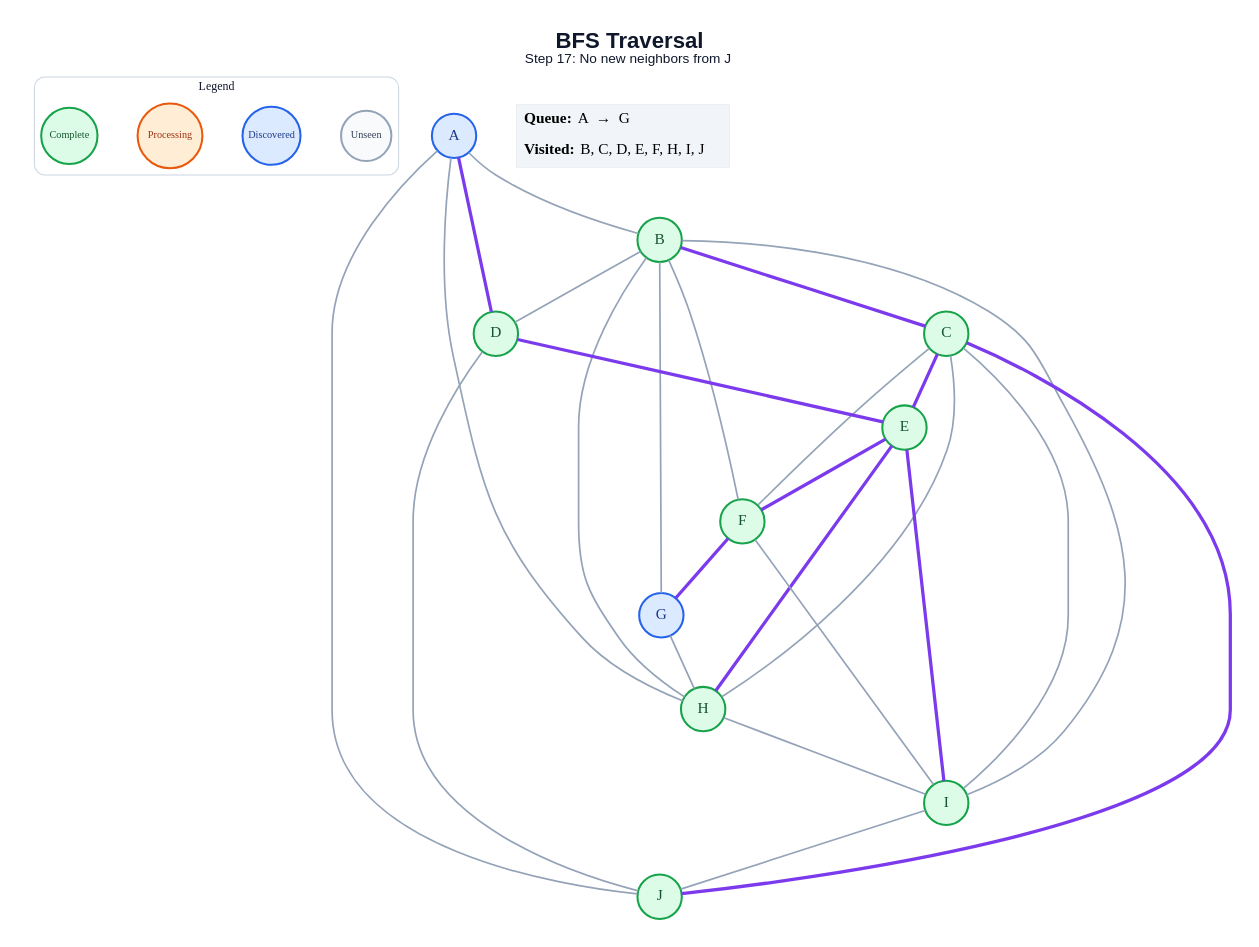
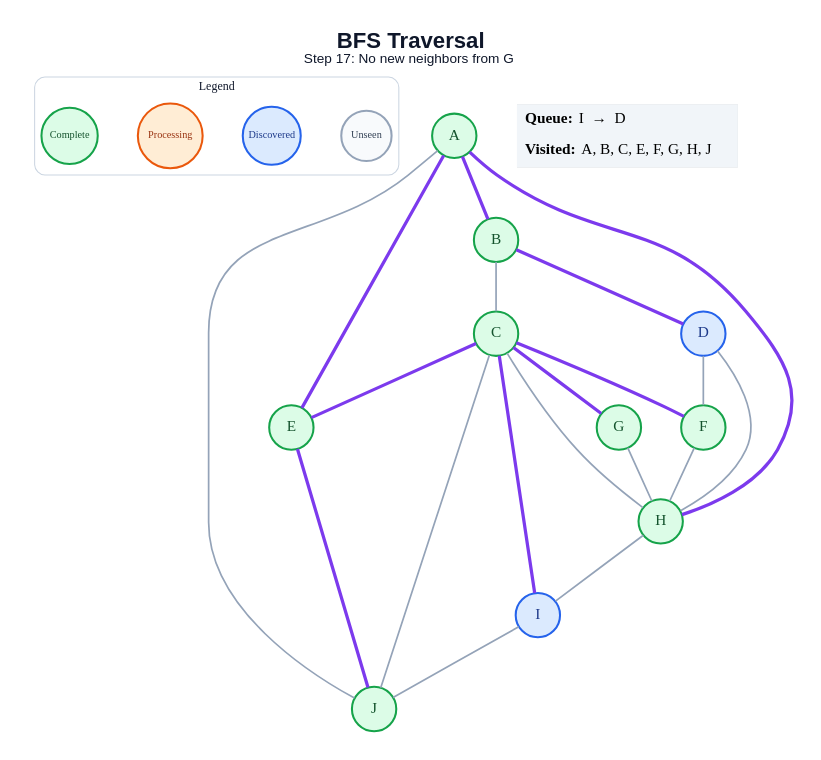
Before and after one commit to amanghodawala9/ai-slop: the diagram in generated/specific-node/bfs/step_17.dot, drawn with Graphviz. The commit also changed 178 other files, not shown here.

```diff
--- a/generated/specific-node/bfs/step_17.dot
+++ b/generated/specific-node/bfs/step_17.dot
@@ -1,54 +1,48 @@
 graph traversal {
   graph [layout=dot, rankdir=TB, bgcolor="#FFFFFF", pad="0.35", nodesep="0.65", ranksep="0.8", fontname="Arial"];
   node [shape=circle, style="filled", fontname="Arial Bold", fontsize=18, width=0.72, fixedsize=true, penwidth=2.4];
   edge [color="#94A3B8", penwidth=2.0];
-  label=<<B>BFS Traversal</B><BR/><FONT POINT-SIZE="16">Step 17: No new neighbors from J</FONT>>; labelloc="t"; fontsize=26; fontname="Arial"; fontcolor="#0F172A";
+  label=<<B>BFS Traversal</B><BR/><FONT POINT-SIZE="16">Step 17: No new neighbors from G</FONT>>; labelloc="t"; fontsize=26; fontname="Arial"; fontcolor="#0F172A";
   subgraph cluster_legend { label="Legend"; color="#CBD5E1"; penwidth=1.2; style="rounded"; fontsize=14; fontname="Arial Bold";
     key_unseen [label="Unseen", fillcolor="#F8FAFC", color="#94A3B8", fontcolor="#334155", fontsize=12, width=0.82];
     key_frontier [label="Discovered", fillcolor="#DBEAFE", color="#2563EB", fontcolor="#1E3A8A", fontsize=12, width=0.95];
     key_current [label="Processing", fillcolor="#FFEDD5", color="#EA580C", fontcolor="#9A3412", fontsize=12, width=1.05];
     key_done [label="Complete", fillcolor="#DCFCE7", color="#16A34A", fontcolor="#14532D", fontsize=12, width=0.92];
     { rank=same; key_unseen; key_frontier; key_current; key_done; }
   }
-  A [fillcolor="#DBEAFE", color="#2563EB", fontcolor="#1E3A8A"];
+  A [fillcolor="#DCFCE7", color="#16A34A", fontcolor="#14532D"];
   B [fillcolor="#DCFCE7", color="#16A34A", fontcolor="#14532D"];
   C [fillcolor="#DCFCE7", color="#16A34A", fontcolor="#14532D"];
-  D [fillcolor="#DCFCE7", color="#16A34A", fontcolor="#14532D"];
+  D [fillcolor="#DBEAFE", color="#2563EB", fontcolor="#1E3A8A"];
   E [fillcolor="#DCFCE7", color="#16A34A", fontcolor="#14532D"];
   F [fillcolor="#DCFCE7", color="#16A34A", fontcolor="#14532D"];
-  G [fillcolor="#DBEAFE", color="#2563EB", fontcolor="#1E3A8A"];
+  G [fillcolor="#DCFCE7", color="#16A34A", fontcolor="#14532D"];
   H [fillcolor="#DCFCE7", color="#16A34A", fontcolor="#14532D"];
-  I [fillcolor="#DCFCE7", color="#16A34A", fontcolor="#14532D"];
+  I [fillcolor="#DBEAFE", color="#2563EB", fontcolor="#1E3A8A"];
   J [fillcolor="#DCFCE7", color="#16A34A", fontcolor="#14532D"];
-  A -- B;
-  A -- D [color="#7C3AED", penwidth=3.8];
-  A -- H;
+  A -- B [color="#7C3AED", penwidth=3.8];
+  A -- E [color="#7C3AED", penwidth=3.8];
+  A -- H [color="#7C3AED", penwidth=3.8];
   A -- J;
-  B -- C [color="#7C3AED", penwidth=3.8];
-  B -- D;
-  B -- F;
-  B -- G;
-  B -- H;
-  B -- I;
+  B -- C;
+  B -- D [color="#7C3AED", penwidth=3.8];
   C -- E [color="#7C3AED", penwidth=3.8];
-  C -- F;
+  C -- F [color="#7C3AED", penwidth=3.8];
+  C -- G [color="#7C3AED", penwidth=3.8];
   C -- H;
-  C -- I;
-  C -- J [color="#7C3AED", penwidth=3.8];
-  D -- E [color="#7C3AED", penwidth=3.8];
-  D -- J;
-  E -- F [color="#7C3AED", penwidth=3.8];
-  E -- H [color="#7C3AED", penwidth=3.8];
-  E -- I [color="#7C3AED", penwidth=3.8];
-  F -- G [color="#7C3AED", penwidth=3.8];
-  F -- I;
+  C -- I [color="#7C3AED", penwidth=3.8];
+  C -- J;
+  D -- F;
+  D -- H;
+  E -- J [color="#7C3AED", penwidth=3.8];
+  F -- H;
   G -- H;
   H -- I;
   I -- J;
   status [shape=plain, fixedsize=false, width=0, height=0, margin=0, label=<
     <TABLE BORDER="0" CELLBORDER="0" CELLPADDING="7" BGCOLOR="#F1F5F9">
-      <TR><TD ALIGN="LEFT"><B>Queue:</B> A  →  G</TD></TR>
-      <TR><TD ALIGN="LEFT"><B>Visited:</B> B, C, D, E, F, H, I, J</TD></TR>
+      <TR><TD ALIGN="LEFT"><B>Queue:</B> I  →  D</TD></TR>
+      <TR><TD ALIGN="LEFT"><B>Visited:</B> A, B, C, E, F, G, H, J</TD></TR>
     </TABLE>
   >];
 }
```
